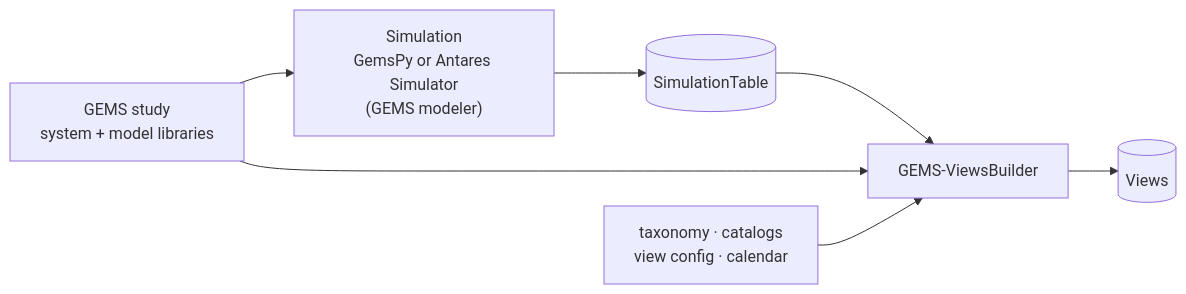
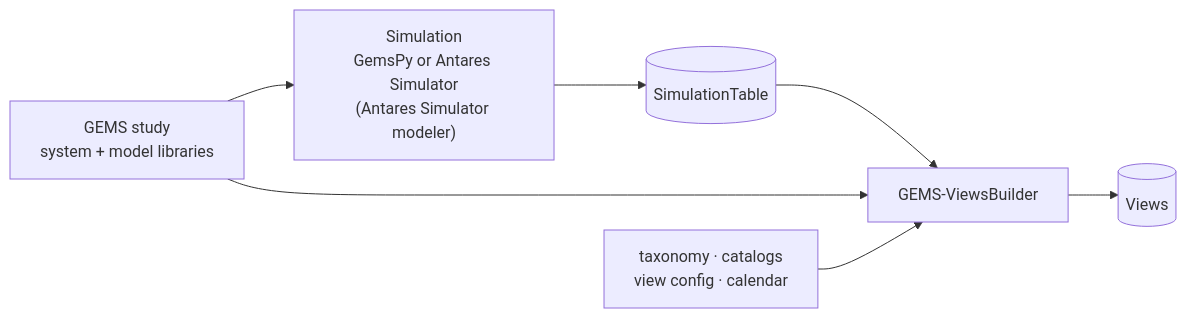
The diagram in docs/index.md (AntaresSimulatorTeam/GEMS-ViewsBuilder), drawn with Mermaid before and after one commit.

````diff
--- a/docs/index.md
+++ b/docs/index.md
@@ -11,9 +11,9 @@
 ```mermaid
 flowchart LR
-    study["GEMS study<br/>system + model libraries"] --> sim["Simulation<br/>GemsPy or Antares Simulator<br/>(GEMS modeler)"]
+    study["GEMS study<br/>system + model libraries"] --> sim["Simulation<br/>GemsPy or Antares Simulator<br/>(Antares Simulator modeler)"]
     sim --> st[("SimulationTable")]
     st --> gvb["GEMS-ViewsBuilder"]
     study --> gvb
     inputs["taxonomy · catalogs<br/>view config · calendar"] --> gvb
     gvb --> views[("Views")]
 ```
````
